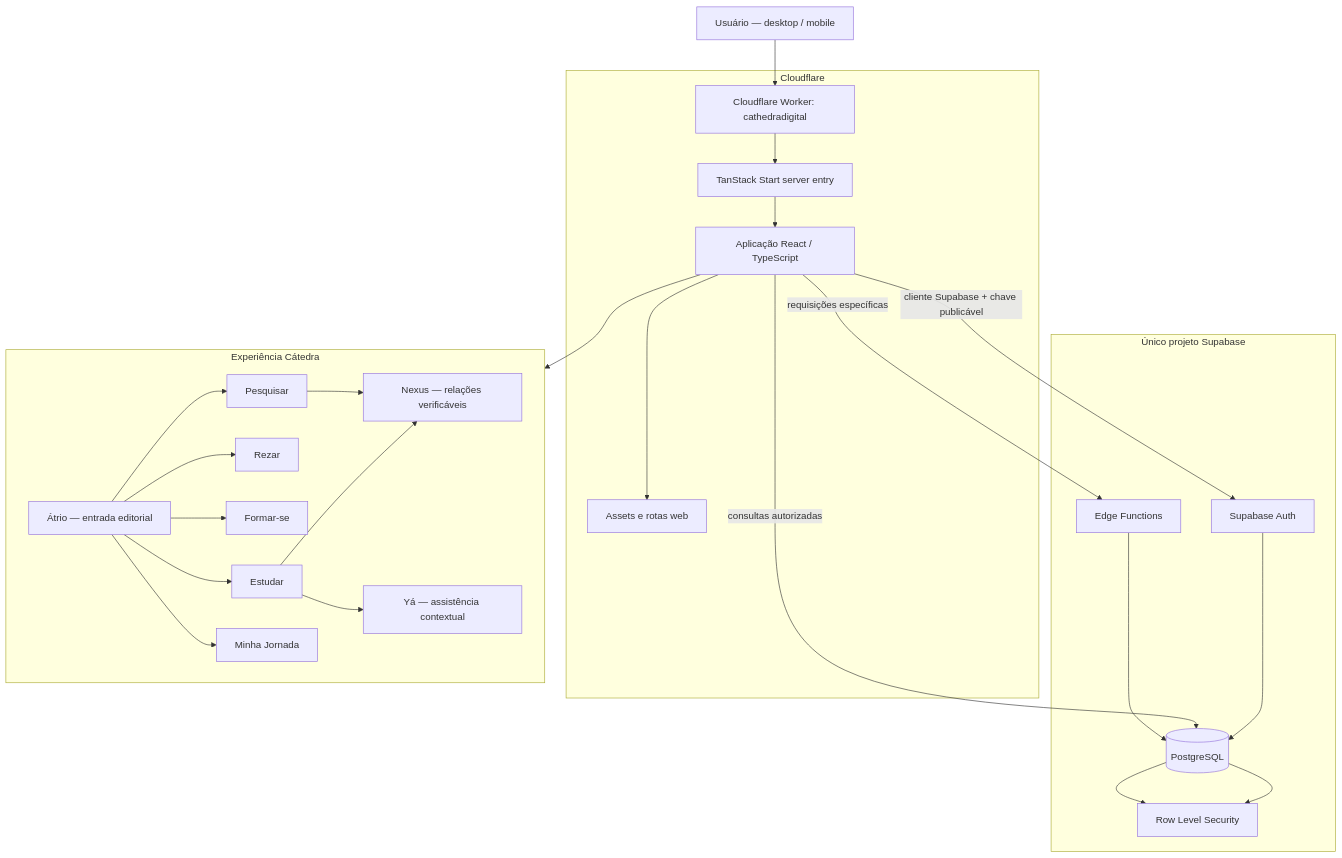
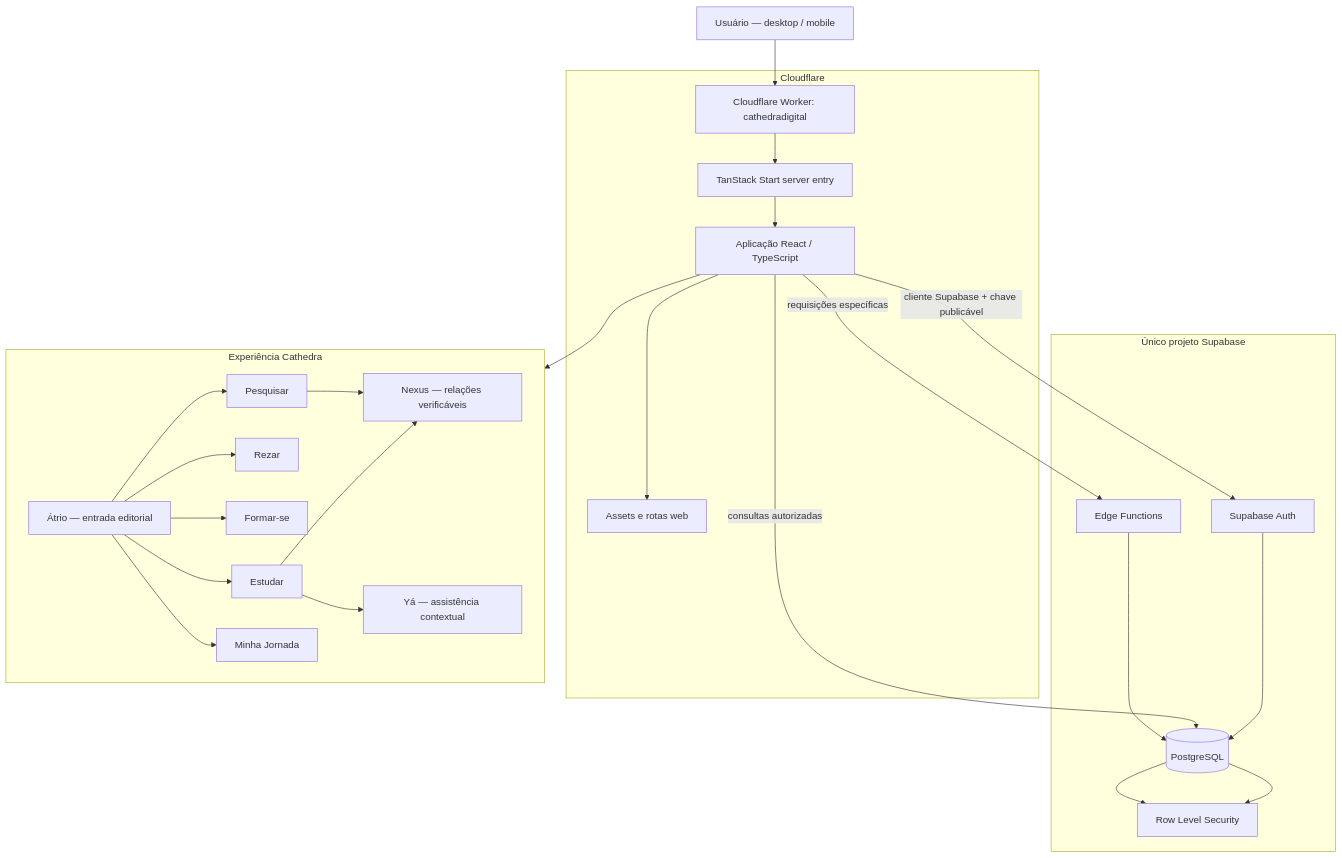
One commit to cathedradigital/cathedradigital changed the first of 4 diagrams in docs/architecture/diagrams.md. Above: the diagram before and after it, drawn with Mermaid. The commit also changed other lines of this file and 14 other files, not shown here.

````diff
--- a/docs/architecture/diagrams.md
+++ b/docs/architecture/diagrams.md
@@ -10,50 +10,50 @@
 ```mermaid
 flowchart TB
   USER["Usuário — desktop / mobile"]
   subgraph EDGE["Cloudflare"]
     WORKER["Cloudflare Worker: cathedradigital"]
     SSR["TanStack Start server entry"]
     WEB["Aplicação React / TypeScript"]
     ASSETS["Assets e rotas web"]
     WORKER --> SSR
     SSR --> WEB
     WEB --> ASSETS
   end
 
   subgraph SUPA["Único projeto Supabase"]
     AUTH["Supabase Auth"]
     DB[("PostgreSQL")]
     RLS["Row Level Security"]
     EF["Edge Functions"]
     AUTH --> DB
     DB --> RLS
   end
 
   USER --> WORKER
   WEB -->|"cliente Supabase + chave publicável"| AUTH
   WEB -->|"consultas autorizadas"| DB
   DB --> RLS
   WEB -->|"requisições específicas"| EF
   EF --> DB
 
-  subgraph PRODUCT["Experiência Cátedra"]
+  subgraph PRODUCT["Experiência Cathedra"]
     ATRIO["Átrio — entrada editorial"]
     STUDY["Estudar"]
     PRAY["Rezar"]
     FORM["Formar-se"]
     SEARCH["Pesquisar"]
     JOURNEY["Minha Jornada"]
     YA["Yá — assistência contextual"]
     NEXUS["Nexus — relações verificáveis"]
     ATRIO --> STUDY
     ATRIO --> PRAY
     ATRIO --> FORM
     ATRIO --> SEARCH
     ATRIO --> JOURNEY
     STUDY --> NEXUS
     STUDY --> YA
     SEARCH --> NEXUS
   end
 
   WEB --> PRODUCT
 ```
````
